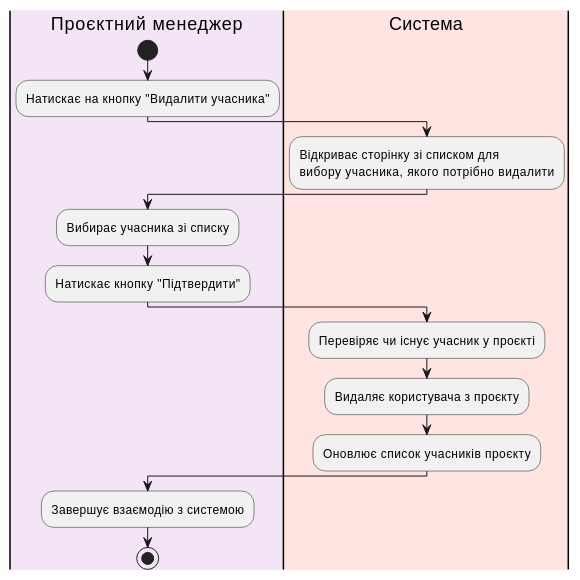
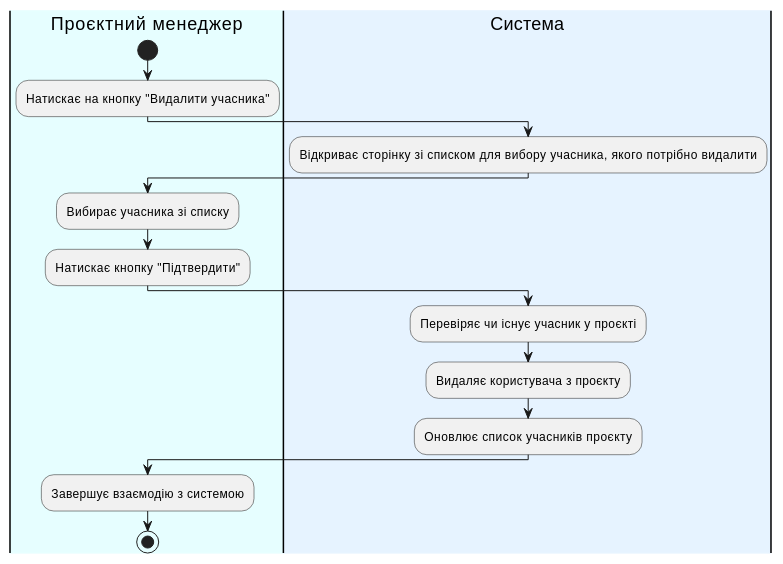
One commit to wiiiolettaaaaa/coursework_database changed diagram 23 of 27 in docs/use cases/README.md. Above: the diagram before and after it, drawn with PlantUML. The commit also changed other lines of this file, not shown here.

```diff
--- a/docs/use cases/README.md
+++ b/docs/use cases/README.md
@@ -1075,28 +1075,28 @@
 @startuml
 
-|#f3e5f5|Проєктний менеджер|
+|#e6feff|Проєктний менеджер|
 start;
 
 :Натискає на кнопку "Видалити учасника";
 
-|#ffe4e1|Система|
-:Відкриває сторінку зі списком для\nвибору учасника, якого потрібно видалити;
+|#e6f3ff|Система|
+:Відкриває сторінку зі списком для вибору учасника, якого потрібно видалити;
 
 |Проєктний менеджер|
 :Вибирає учасника зі списку;
 
 :Натискає кнопку "Підтвердити";
 
 |Система|
 :Перевіряє чи існує учасник у проєкті;
 
 :Видаляє користувача з проєкту;
 
 :Оновлює список учасників проєкту;
 
 |Проєктний менеджер|
 :Завершує взаємодію з системою;
 
 stop;
 
 @enduml
```
